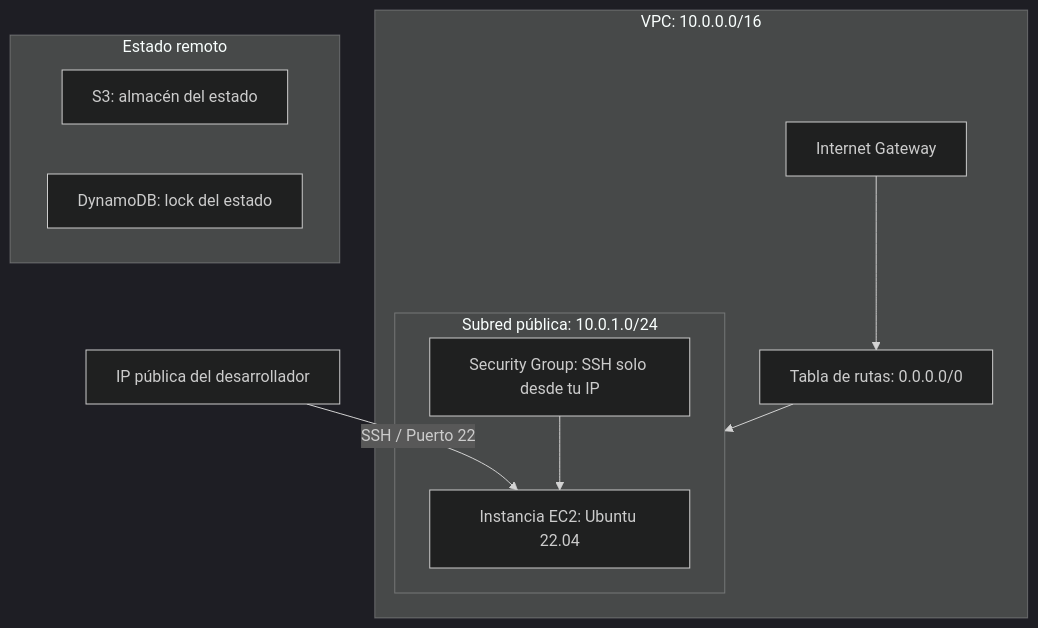
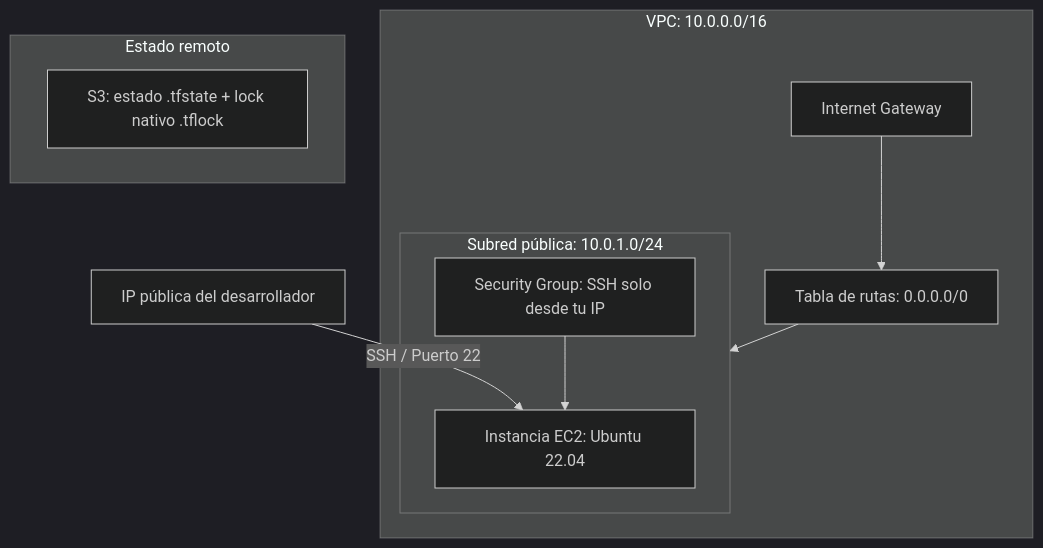
The diagram in README.md (valentinpd/terraform-aws), drawn with Mermaid (dark theme) before and after one commit. The commit also changed other lines of this file and 9 other files, not shown here.

Commit message:
migracion de bloqueo de estado de DynamoDB a use_lockfile S3 nativo

````diff
--- a/README.md
+++ b/README.md
@@ -16,16 +16,15 @@
 ```mermaid
 graph TD
     User[IP pública del desarrollador] -->|SSH / Puerto 22| EC2[Instancia EC2: Ubuntu 22.04]
     subgraph VPC [VPC: 10.0.0.0/16]
         subgraph Subnet [Subred pública: 10.0.1.0/24]
             EC2
             SG[Security Group: SSH solo desde tu IP] --> EC2
         end
         IGW[Internet Gateway] --> RouteTable[Tabla de rutas: 0.0.0.0/0]
         RouteTable --> Subnet
     end
     subgraph RemoteBackend [Estado remoto]
-        S3[S3: almacén del estado]
-        DynamoDB[DynamoDB: lock del estado]
+        S3[S3: estado .tfstate + lock nativo .tflock]
     end
 ```
````
